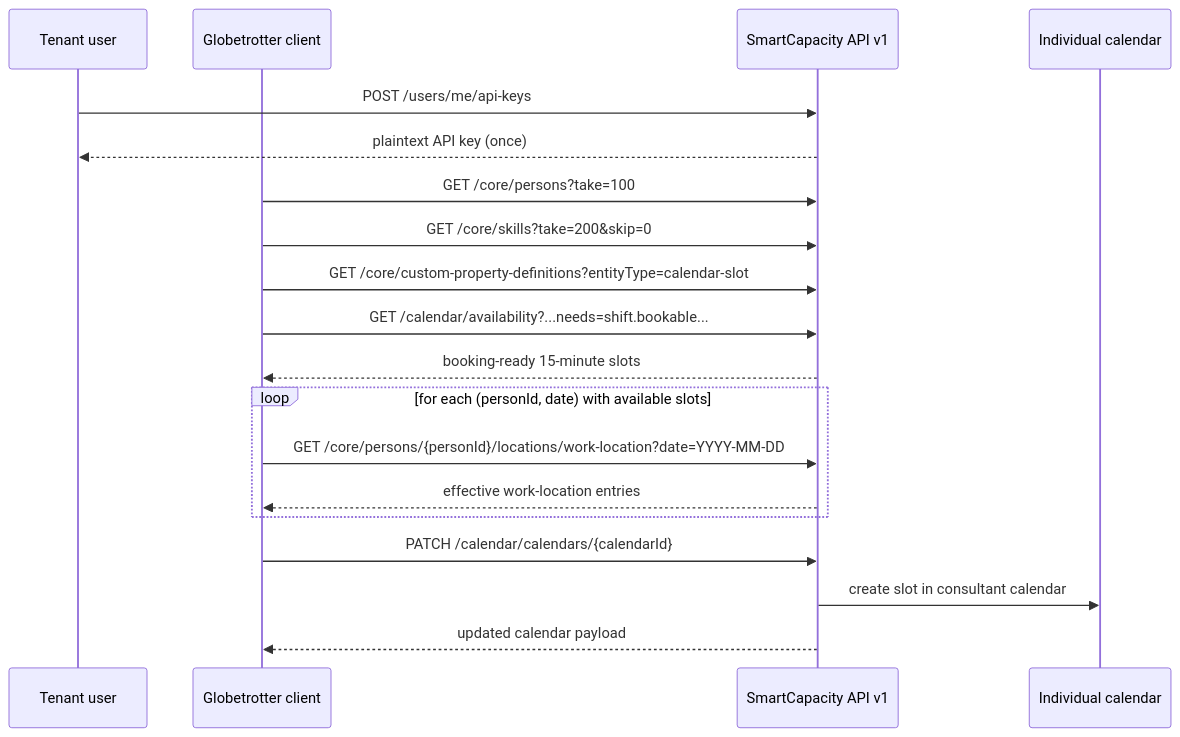
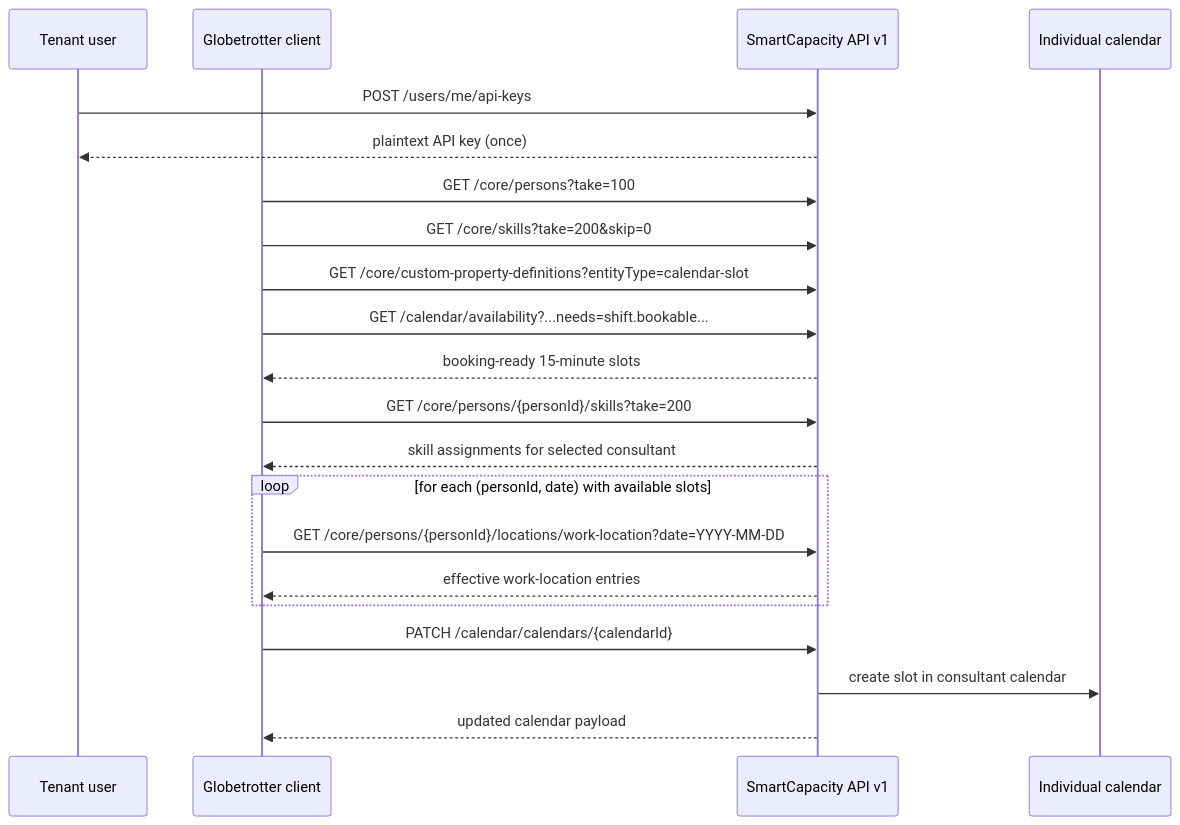
One commit to hreichzag/globetrotter-client changed the diagram in DOCS.md. Above: the diagram before and after it, drawn with Mermaid. The commit also changed other lines of this file and 1 other file, not shown here.

Commit message:
Add support for multiple destination skills and languages in booking payload

````diff
--- a/DOCS.md
+++ b/DOCS.md
@@ -122,25 +122,28 @@
 ```mermaid
 sequenceDiagram
     participant User as Tenant user
     participant GT as Globetrotter client
     participant API as SmartCapacity API v1
     participant CAL as Individual calendar
 
     User->>API: POST /users/me/api-keys
     API-->>User: plaintext API key (once)
 
     GT->>API: GET /core/persons?take=100
     GT->>API: GET /core/skills?take=200&skip=0
     GT->>API: GET /core/custom-property-definitions?entityType=calendar-slot
     GT->>API: GET /calendar/availability?...needs=shift.bookable...
     API-->>GT: booking-ready 15-minute slots
 
+    GT->>API: GET /core/persons/{personId}/skills?take=200
+    API-->>GT: skill assignments for selected consultant
+
     loop for each (personId, date) with available slots
         GT->>API: GET /core/persons/{personId}/locations/work-location?date=YYYY-MM-DD
         API-->>GT: effective work-location entries
     end
 
     GT->>API: PATCH /calendar/calendars/{calendarId}
     API->>CAL: create slot in consultant calendar
     API-->>GT: updated calendar payload
 ```
````
